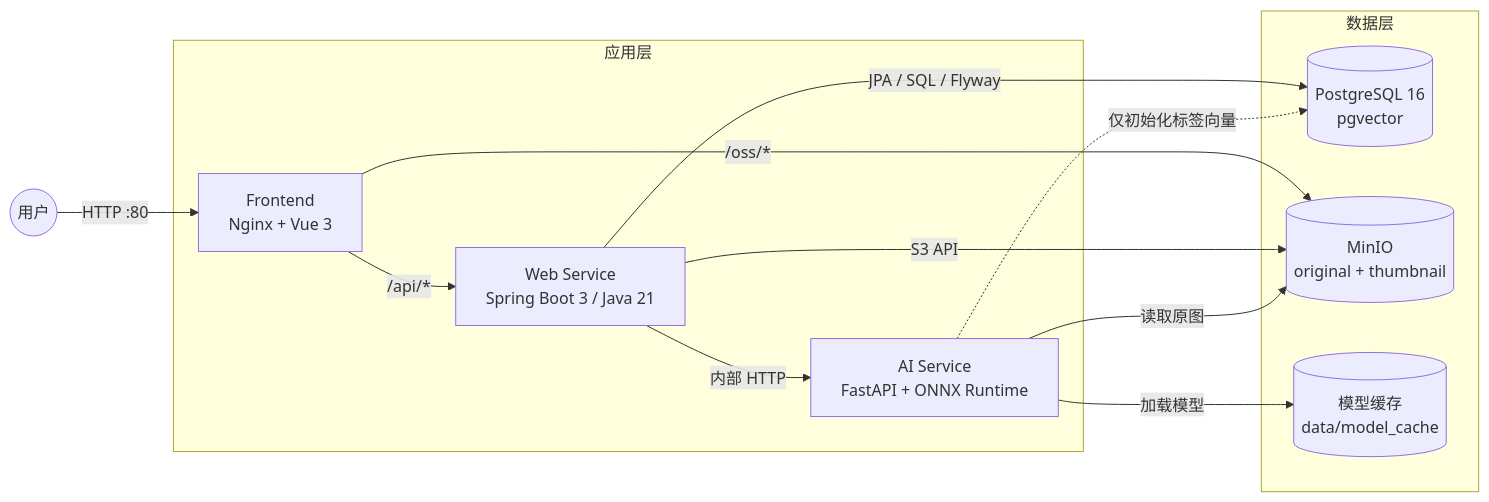
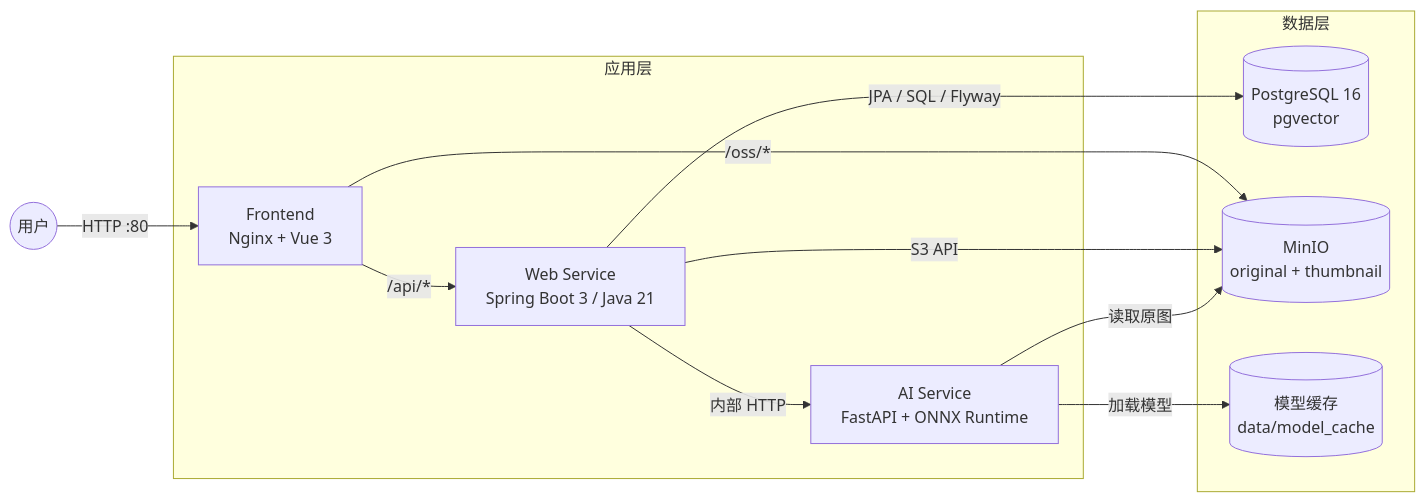
The first of 3 diagrams in docs/architecture.md (tamakara/bakabooru), drawn with Mermaid before and after one commit. The commit also changed other lines of this file and 73 other files, not shown here.

````diff
--- a/docs/architecture.md
+++ b/docs/architecture.md
@@ -7,25 +7,24 @@
 ```mermaid
 flowchart LR
     User(("用户")) -->|"HTTP :80"| Nginx
 
     subgraph App["应用层"]
         Nginx["Frontend<br/>Nginx + Vue 3"]
         Web["Web Service<br/>Spring Boot 3 / Java 21"]
         AI["AI Service<br/>FastAPI + ONNX Runtime"]
     end
 
     subgraph Data["数据层"]
         PG[("PostgreSQL 16<br/>pgvector")]
         MinIO[("MinIO<br/>original + thumbnail")]
         Cache[("模型缓存<br/>data/model_cache")]
     end
 
     Nginx -->|"/api/*"| Web
     Nginx -->|"/oss/*"| MinIO
     Web -->|"JPA / SQL / Flyway"| PG
     Web -->|"S3 API"| MinIO
     Web -->|"内部 HTTP"| AI
     AI -->|"读取原图"| MinIO
-    AI -.->|"仅初始化标签向量"| PG
     AI -->|"加载模型"| Cache
 ```
````
